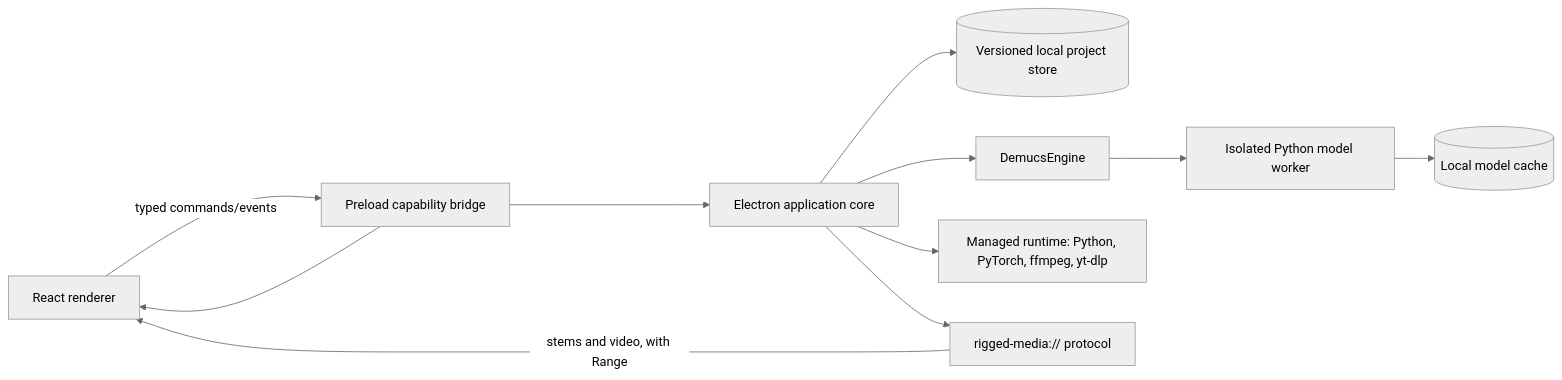
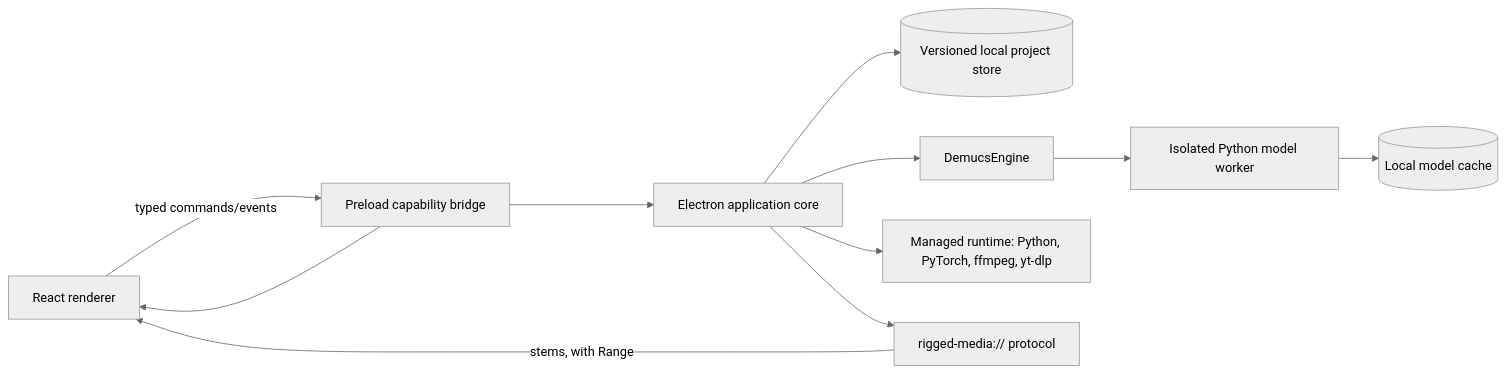
One commit to DrunkTrader/rigged_audio changed the diagram in docs/architecture/system-overview.md. Above: the diagram before and after it, drawn with Mermaid (neutral theme). The commit also changed 26 other files, not shown here.

````diff
--- a/docs/architecture/system-overview.md
+++ b/docs/architecture/system-overview.md
@@ -5,23 +5,23 @@
 ```mermaid
 flowchart LR
   UI[React renderer]
   Bridge[Preload capability bridge]
   Core[Electron application core]
   Store[(Versioned local project store)]
   Engine[DemucsEngine]
   Worker[Isolated Python model worker]
   Runtime[Managed runtime: Python, PyTorch, ffmpeg, yt-dlp]
   Models[(Local model cache)]
   Media[rigged-media:// protocol]
 
   UI -->|typed commands/events| Bridge
   Bridge --> Core
   Core --> Store
   Core --> Engine
   Core --> Runtime
   Engine --> Worker
   Worker --> Models
   Core --> Media
-  Media -->|stems and video, with Range| UI
+  Media -->|stems, with Range| UI
   Bridge --> UI
 ```
````
